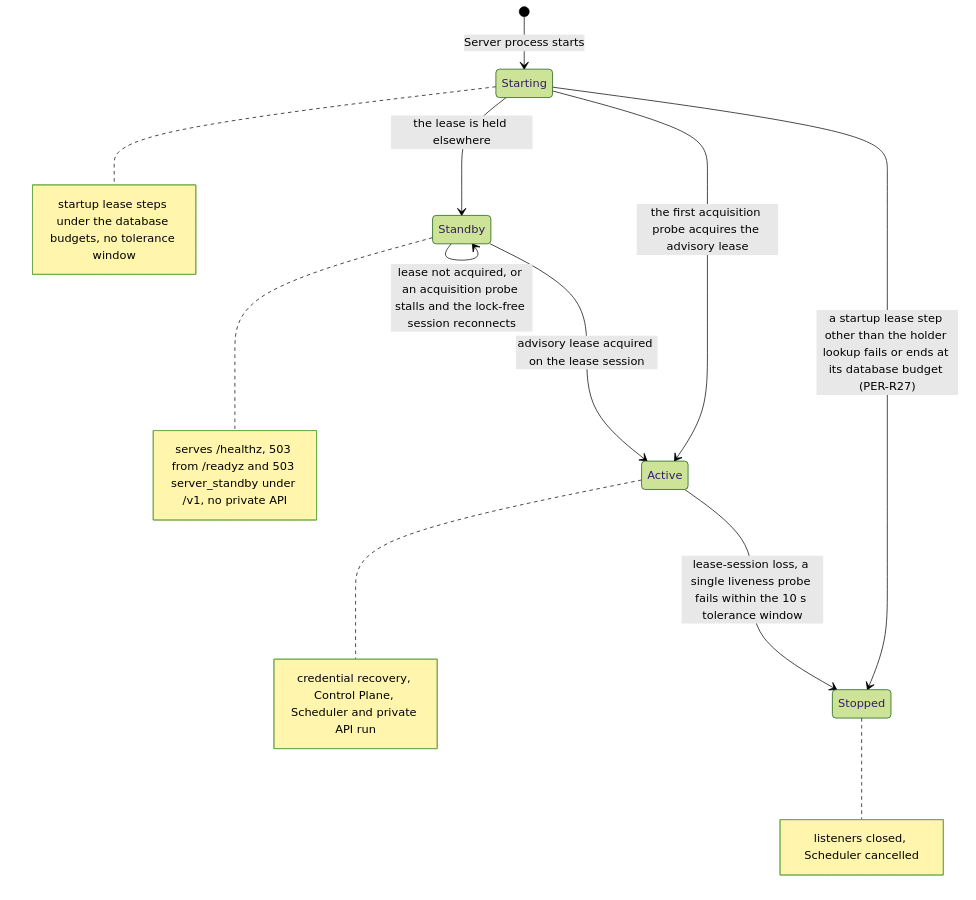
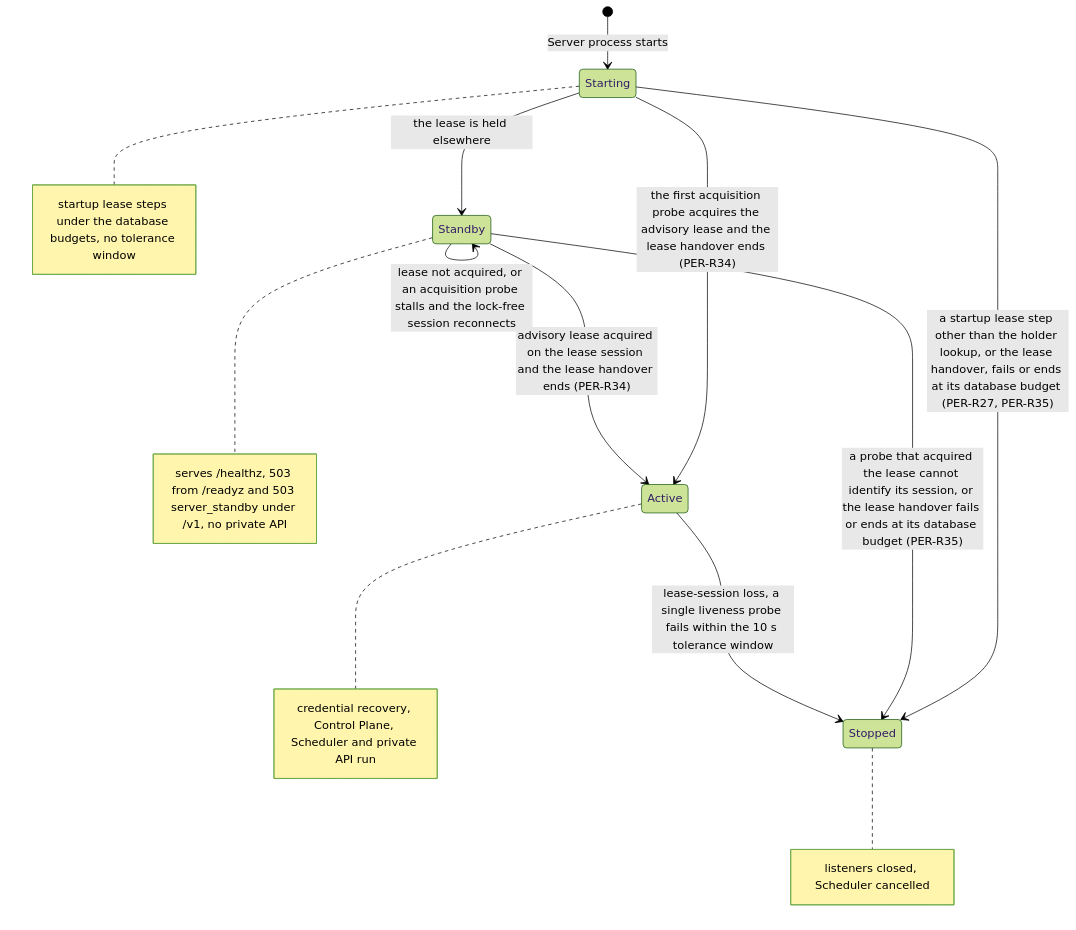
The first of 4 diagrams in docs/spec/platform/persistence.md (grauwolf32/contractor), drawn with Mermaid (forest theme) before and after one commit. The commit also changed other lines of this file and 30 other files, not shown here.

````diff
--- a/docs/spec/platform/persistence.md
+++ b/docs/spec/platform/persistence.md
@@ -73,14 +77,15 @@
 ```mermaid
 stateDiagram-v2
     [*] --> Starting: Server process starts
-    Starting --> Active: the first acquisition probe acquires the advisory lease
+    Starting --> Active: the first acquisition probe acquires the advisory lease and the lease handover ends (PER-R34)
     Starting --> Standby: the lease is held elsewhere
-    Starting --> Stopped: a startup lease step other than the holder lookup fails or ends at its database budget (PER-R27)
+    Starting --> Stopped: a startup lease step other than the holder lookup, or the lease handover, fails or ends at its database budget (PER-R27, PER-R35)
     Standby --> Standby: lease not acquired, or an acquisition probe stalls and the lock-free session reconnects
-    Standby --> Active: advisory lease acquired on the lease session
+    Standby --> Active: advisory lease acquired on the lease session and the lease handover ends (PER-R34)
+    Standby --> Stopped: a probe that acquired the lease cannot identify its session, or the lease handover fails or ends at its database budget (PER-R35)
     Active --> Stopped: lease-session loss, a single liveness probe fails within the 10 s tolerance window
     note right of Starting: startup lease steps under the database budgets, no tolerance window
     note right of Standby: serves /healthz, 503 from /readyz and 503 server_standby under /v1, no private API
     note right of Active: credential recovery, Control Plane, Scheduler and private API run
     note right of Stopped: listeners closed, Scheduler cancelled
 ```
````
